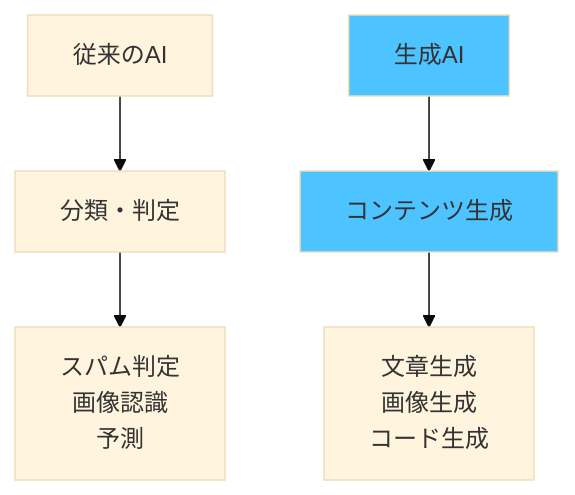
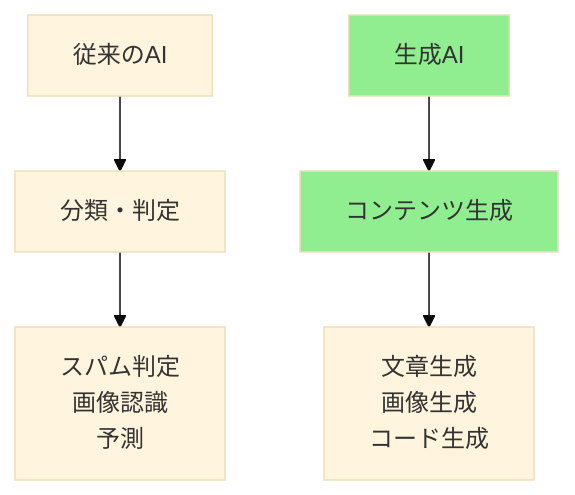
Before and after one commit to cyber-freaks-jp/AI_Driven_Development_Course: the diagram in book/pages/生成AIとは.md, drawn with Mermaid (base theme).

Commit message:
背景色

````diff
--- a/book/pages/生成AIとは.md
+++ b/book/pages/生成AIとは.md
@@ -20,11 +20,11 @@
 ```mermaid
 graph TD
     A[従来のAI] --> B[分類・判定]
     C[生成AI] --> D[コンテンツ生成]
 
     B --> E[スパム判定<br/>画像認識<br/>予測]
     D --> F[文章生成<br/>画像生成<br/>コード生成]
 
-    style C fill:#4dc3ff
-    style D fill:#4dc3ff
+    style C fill:#90EE90
+    style D fill:#90EE90
 ```
````
